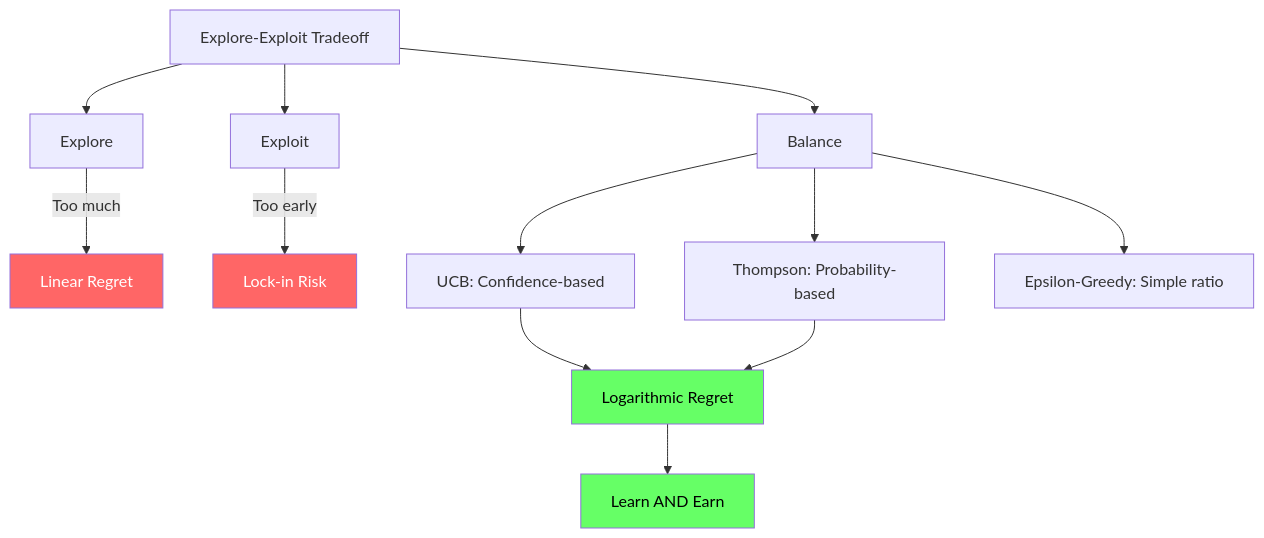
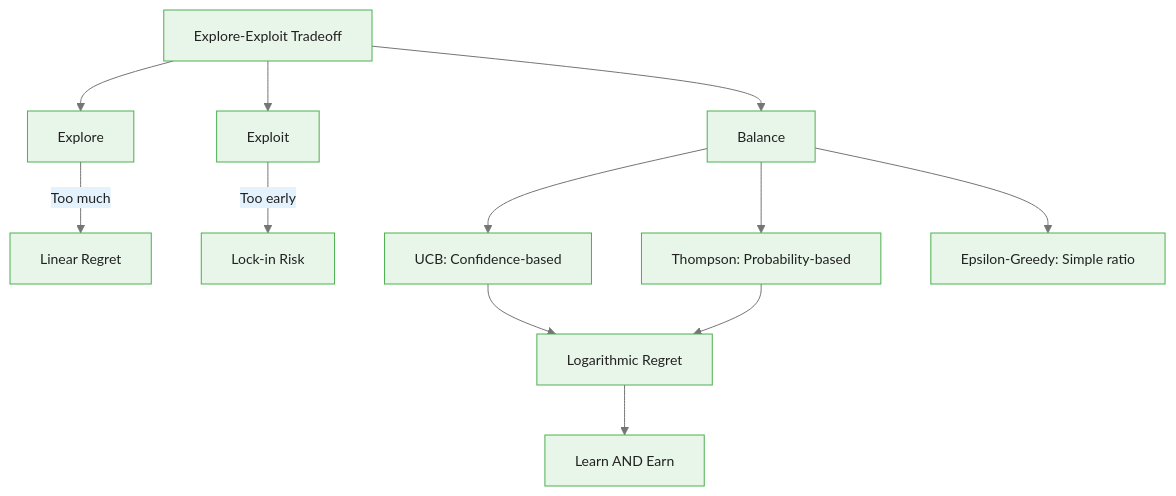
One commit to m-deane/course-creator changed the fourth of 4 diagrams in courses/multi-armed-bandits-ab-testing/modules/module_00_foundations/guides/02_explore_exploit_tradeoff_slides.md. Above: the diagram before and after it, drawn with Mermaid. The commit also changed other lines of this file and 146 other files, not shown here.

````diff
--- a/courses/multi-armed-bandits-ab-testing/modules/module_00_foundations/guides/02_explore_exploit_tradeoff_slides.md
+++ b/courses/multi-armed-bandits-ab-testing/modules/module_00_foundations/guides/02_explore_exploit_tradeoff_slides.md
@@ -402,23 +439,19 @@
 ```mermaid
+%%{init: {"theme": "base", "themeVariables": {"primaryColor": "#e8f5e9", "primaryBorderColor": "#4caf50", "primaryTextColor": "#212121", "secondaryColor": "#e3f2fd", "tertiaryColor": "#fff8e1", "lineColor": "#757575", "fontFamily": "Inter, sans-serif", "fontSize": "14px"}}}%%
 flowchart TD
     EE["Explore-Exploit Tradeoff"] --> E["Explore"]
     EE --> X["Exploit"]
 
     E --> |"Too much"| LE["Linear Regret"]
     X --> |"Too early"| LX["Lock-in Risk"]
 
     EE --> B["Balance"]
     B --> UCB_s["UCB: Confidence-based"]
     B --> TS["Thompson: Probability-based"]
     B --> EG_s["Epsilon-Greedy: Simple ratio"]
 
     UCB_s --> LR["Logarithmic Regret"]
     TS --> LR
 
     LR --> Win["Learn AND Earn"]
-
-    style LE fill:#f66,color:#fff
-    style LX fill:#f66,color:#fff
-    style LR fill:#6f6,color:#000
-    style Win fill:#6f6,color:#000
 ```
````
